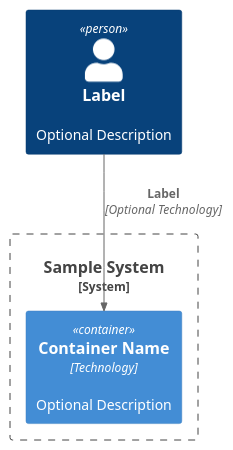
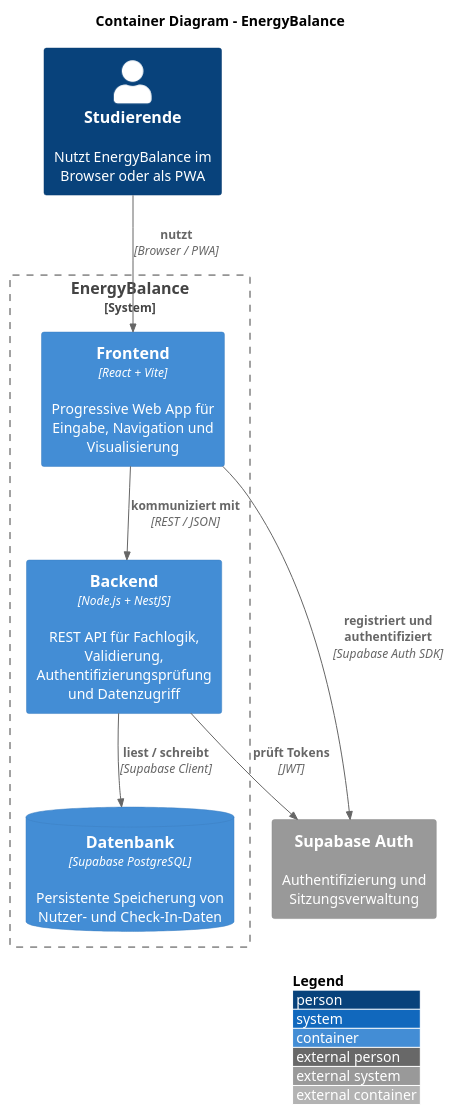
One commit to L4w1n/Software-Engineering-Team-F2 changed the second of 3 diagrams in docs/technical/architecture.adoc. Above: the diagram before and after it, drawn with PlantUML. The commit also changed other lines of this file, not shown here.

Commit message:
docs: revise architecture.adoc

```diff
--- a/docs/technical/architecture.adoc
+++ b/docs/technical/architecture.adoc
@@ -97,16 +93,31 @@
-[plantuml, "{diagramsdir}/system-context", svg]
+[plantuml, "{diagramsdir}/container-diagram", svg]
 ....
 @startuml
 ' source: https://github.com/plantuml-stdlib/C4-PlantUML
-' C4 Model
 !include <c4/C4_Container.puml>
 
-Person(personAlias, "Label", "Optional Description")
+LAYOUT_WITH_LEGEND()
 
-System_Boundary(c1, "Sample System") {
-    Container(containerAlias, "Container Name", "Technology", "Optional Description")
+title Container Diagram – EnergyBalance
+
+Person(student, "Studierende", "Nutzt EnergyBalance im Browser oder als PWA")
+
+System_Boundary(system, "EnergyBalance") {
+
+Container(frontend, "Frontend", "React + Vite", "Progressive Web App für Eingabe, Navigation und Visualisierung")
+
+Container(backend, "Backend", "Node.js + NestJS", "REST API für Fachlogik, Validierung, Authentifizierungsprüfung und Datenzugriff")
+
+ContainerDb(database, "Datenbank", "Supabase PostgreSQL", "Persistente Speicherung von Nutzer- und Check-In-Daten")
 }
-Rel(personAlias, containerAlias, "Label", "Optional Technology")
+
+System_Ext(auth, "Supabase Auth", "Authentifizierung und Sitzungsverwaltung")
+
+Rel(student, frontend, "nutzt", "Browser / PWA")
+Rel(frontend, backend, "kommuniziert mit", "REST / JSON")
+Rel(frontend, auth, "registriert und authentifiziert", "Supabase Auth SDK")
+Rel(backend, auth, "prüft Tokens", "JWT")
+Rel(backend, database, "liest / schreibt", "Supabase Client")
 
 @enduml
 ....
```
